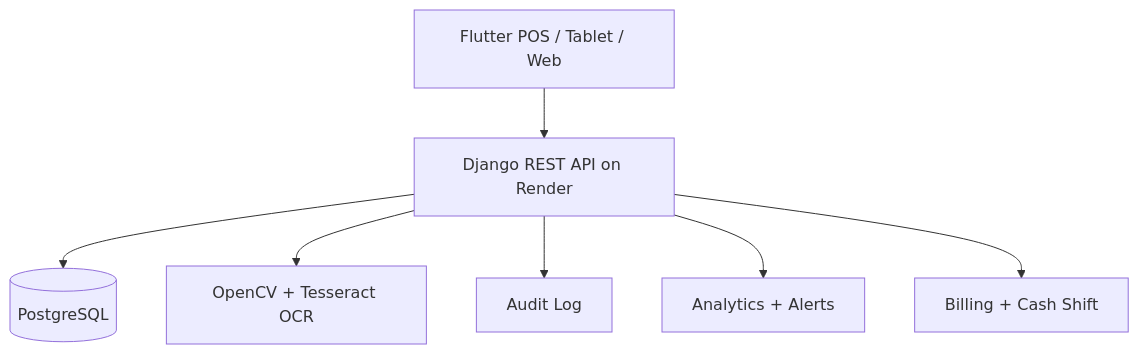
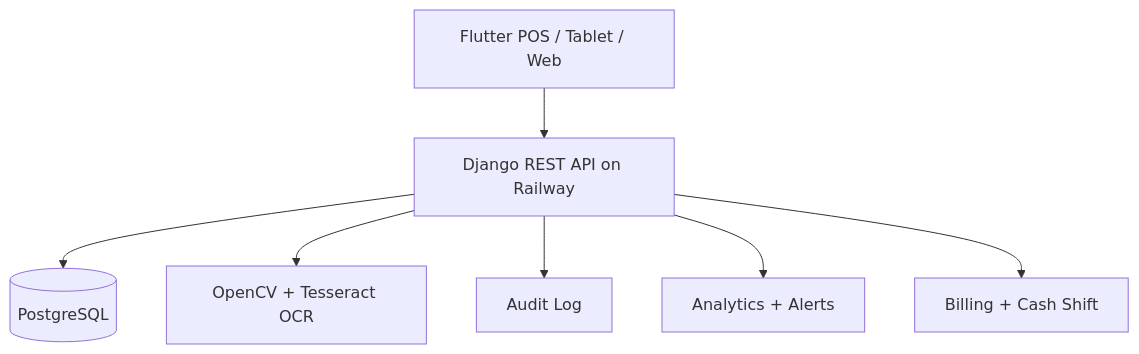
The diagram in docs/architecture.md (quantamtechnologies/car_parking_system), drawn with Mermaid before and after one commit. The commit also changed other lines of this file and 7 other files, not shown here.

````diff
--- a/docs/architecture.md
+++ b/docs/architecture.md
@@ -3,9 +3,9 @@
 ```mermaid
 flowchart TB
-  Flutter[Flutter POS / Tablet / Web] --> API[Django REST API on Render]
+  Flutter[Flutter POS / Tablet / Web] --> API[Django REST API on Railway]
   API --> DB[(PostgreSQL)]
   API --> OCR[OpenCV + Tesseract OCR]
   API --> Audit[Audit Log]
   API --> Analytics[Analytics + Alerts]
   API --> POS[Billing + Cash Shift]
 ```
````
